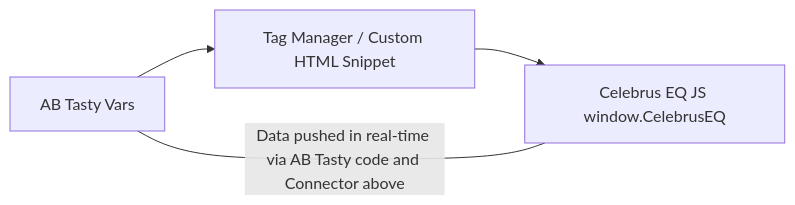
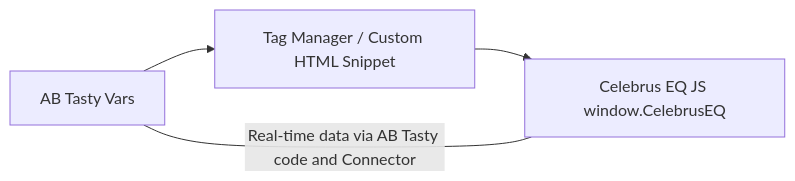
Before and after one commit to valoudefou/shopify-headless-checkout-pixel: the diagram in README.md, drawn with Mermaid. The commit also changed other lines of this file, not shown here.

````diff
--- a/README.md
+++ b/README.md
@@ -53,8 +53,8 @@
 ```mermaid
 flowchart LR
     A[AB Tasty Vars<br>] --> B[Tag Manager / Custom HTML Snippet]
     B --> C[Celebrus EQ JS window.CelebrusEQ</a>]
 
     %% Real-time data flow arrow
-    A ---|Data pushed in real-time via AB Tasty code and Connector above| C
+    A ---|Real-time data via AB Tasty code and Connector| C
 ```
````
